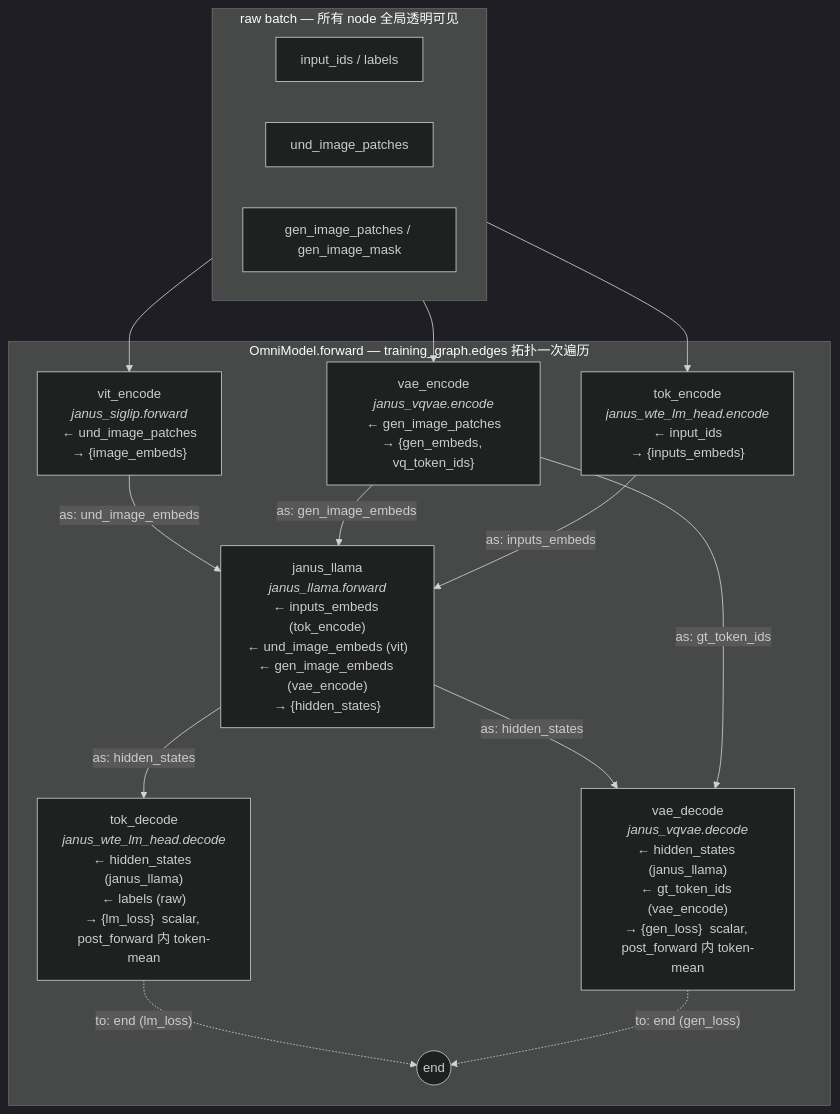
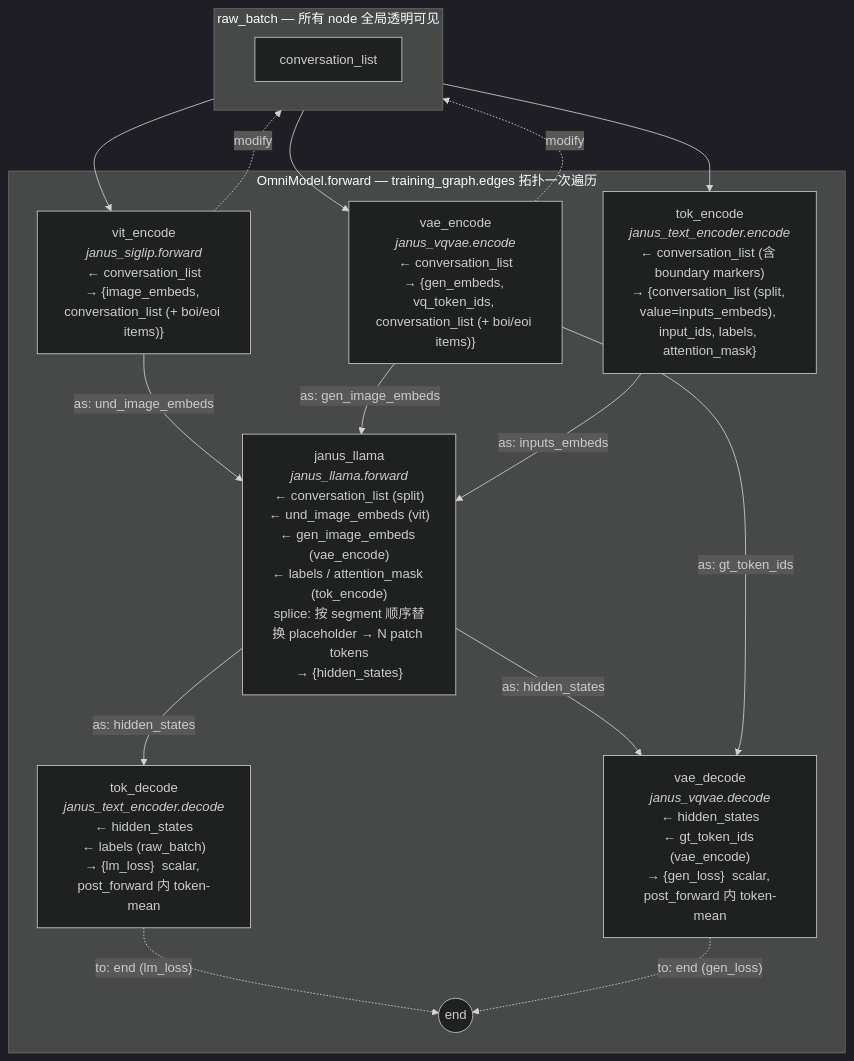
Before and after one commit to ByteDance-Seed/VeOmni: the first of 2 diagrams in design.md, drawn with Mermaid (dark theme). The commit also changed other lines of this file and 1 other file, not shown here.

First line of the commit message:
[seed_omni] docs: rework V2 data flow around raw_batch=conversation_list

````diff
--- a/design.md
+++ b/design.md
@@ -338,28 +345,29 @@
 ```mermaid
 flowchart TD
-    subgraph raw_batch [raw batch — 所有 node 全局透明可见]
-        R1[input_ids / labels]
-        R2[und_image_patches]
-        R3[gen_image_patches / gen_image_mask]
+    subgraph raw_batch [raw_batch — 所有 node 全局透明可见]
+        R1[conversation_list]
     end
 
     subgraph exec ["OmniModel.forward — training_graph.edges 拓扑一次遍历"]
-        vit["vit_encode<br/><i>janus_siglip.forward</i><br/>← und_image_patches<br/>→ {image_embeds}"]
-        vae_e["vae_encode<br/><i>janus_vqvae.encode</i><br/>← gen_image_patches<br/>→ {gen_embeds, vq_token_ids}"]
-        tok_e["tok_encode<br/><i>janus_wte_lm_head.encode</i><br/>← input_ids<br/>→ {inputs_embeds}"]
-        ar["janus_llama<br/><i>janus_llama.forward</i><br/>← inputs_embeds (tok_encode)<br/>← und_image_embeds (vit)<br/>← gen_image_embeds (vae_encode)<br/>→ {hidden_states}"]
-        tok_d["tok_decode<br/><i>janus_wte_lm_head.decode</i><br/>← hidden_states (janus_llama)<br/>← labels (raw)<br/>→ {lm_loss}  scalar, post_forward 内 token-mean"]
-        vae_d["vae_decode<br/><i>janus_vqvae.decode</i><br/>← hidden_states (janus_llama)<br/>← gt_token_ids (vae_encode)<br/>→ {gen_loss}  scalar, post_forward 内 token-mean"]
+        vit["vit_encode<br/><i>janus_siglip.forward</i><br/>← conversation_list<br/>→ {image_embeds, conversation_list (+ boi/eoi items)}"]
+        vae_e["vae_encode<br/><i>janus_vqvae.encode</i><br/>← conversation_list<br/>→ {gen_embeds, vq_token_ids, conversation_list (+ boi/eoi items)}"]
+        tok_e["tok_encode<br/><i>janus_text_encoder.encode</i><br/>← conversation_list (含 boundary markers)<br/>→ {conversation_list (split, value=inputs_embeds), input_ids, labels, attention_mask}"]
+        ar["janus_llama<br/><i>janus_llama.forward</i><br/>← conversation_list (split)<br/>← und_image_embeds (vit)<br/>← gen_image_embeds (vae_encode)<br/>← labels / attention_mask (tok_encode)<br/>splice: 按 segment 顺序替换 placeholder → N patch tokens<br/>→ {hidden_states}"]
+        tok_d["tok_decode<br/><i>janus_text_encoder.decode</i><br/>← hidden_states<br/>← labels (raw_batch)<br/>→ {lm_loss}  scalar, post_forward 内 token-mean"]
+        vae_d["vae_decode<br/><i>janus_vqvae.decode</i><br/>← hidden_states<br/>← gt_token_ids (vae_encode)<br/>→ {gen_loss}  scalar, post_forward 内 token-mean"]
         endN((end))
     end
 
-    raw_batch --> vit & vae_e & tok_e
+    raw_batch --> vit & vae_e
+    vit -.modify.-> raw_batch
+    vae_e -.modify.-> raw_batch
+    raw_batch --> tok_e
     vit -->|"as: und_image_embeds"| ar
     vae_e -->|"as: gen_image_embeds"| ar
     tok_e -->|"as: inputs_embeds"| ar
     ar -->|"as: hidden_states"| tok_d
     ar -->|"as: hidden_states"| vae_d
     vae_e -->|"as: gt_token_ids"| vae_d
     tok_d -.->|"to: end (lm_loss)"| endN
     vae_d -.->|"to: end (gen_loss)"| endN
 ```
````
